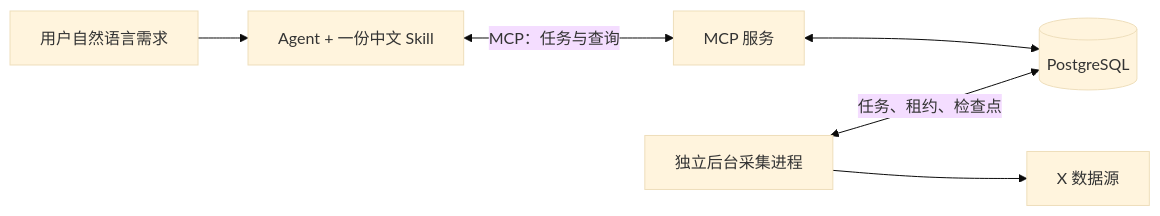
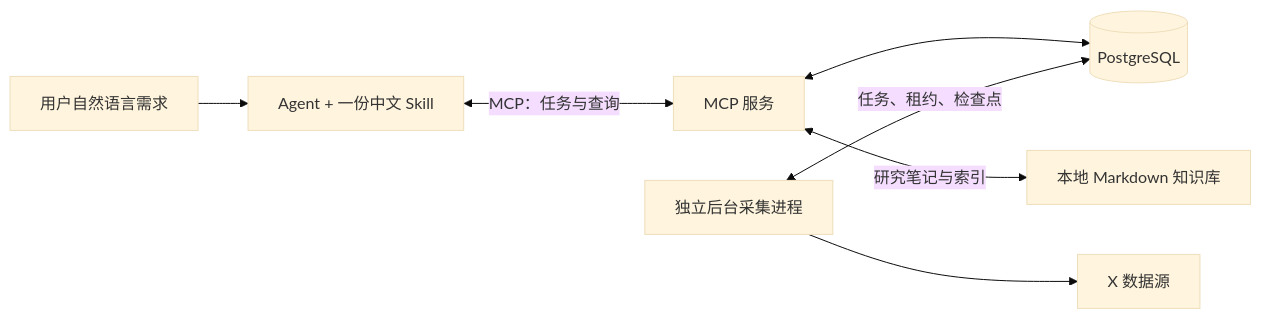
The diagram in README.md (zhuy3075-ui/X-agent-skill), drawn with Mermaid (base theme) before and after one commit. The commit also changed other lines of this file and 26 other files, not shown here.

````diff
--- a/README.md
+++ b/README.md
@@ -20,8 +21,9 @@
 ```mermaid
 flowchart LR
     U[用户自然语言需求] --> A[Agent + 一份中文 Skill]
     A <-->|MCP：任务与查询| M[MCP 服务]
     M <--> D[(PostgreSQL)]
+    M <-->|研究笔记与索引| K[本地 Markdown 知识库]
     W[独立后台采集进程] <-->|任务、租约、检查点| D
     W --> X[X 数据源]
 ```
````
